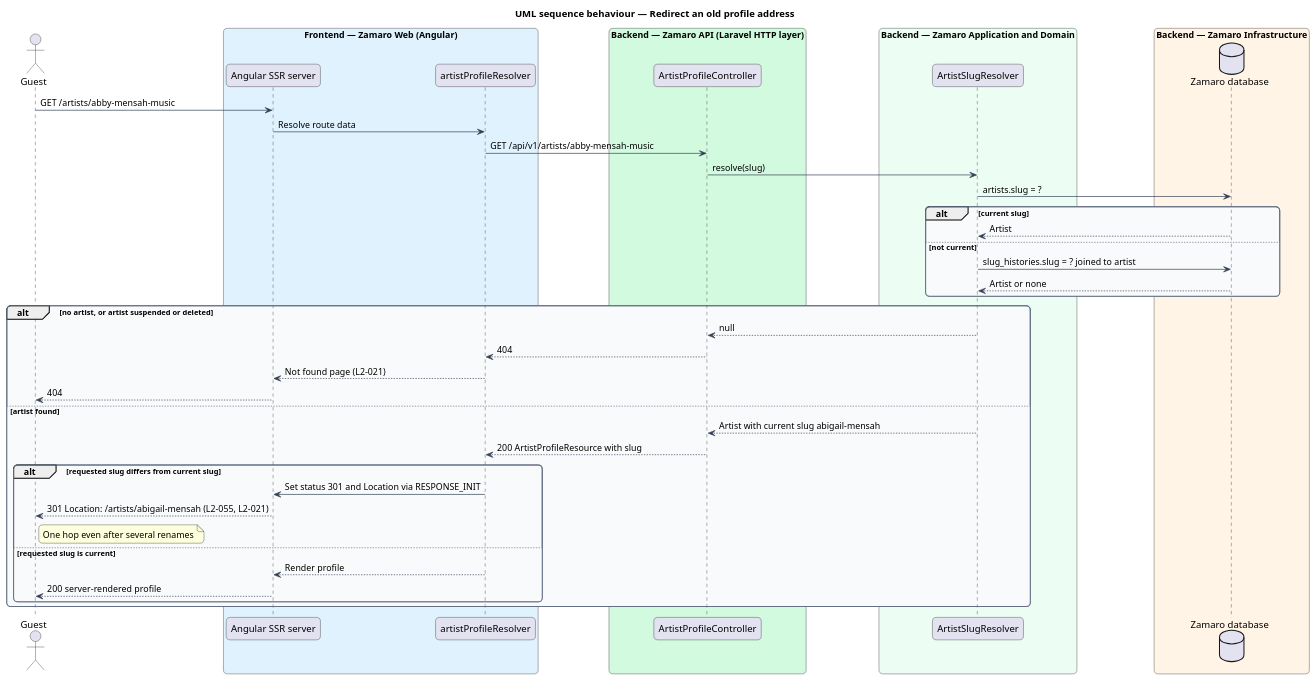
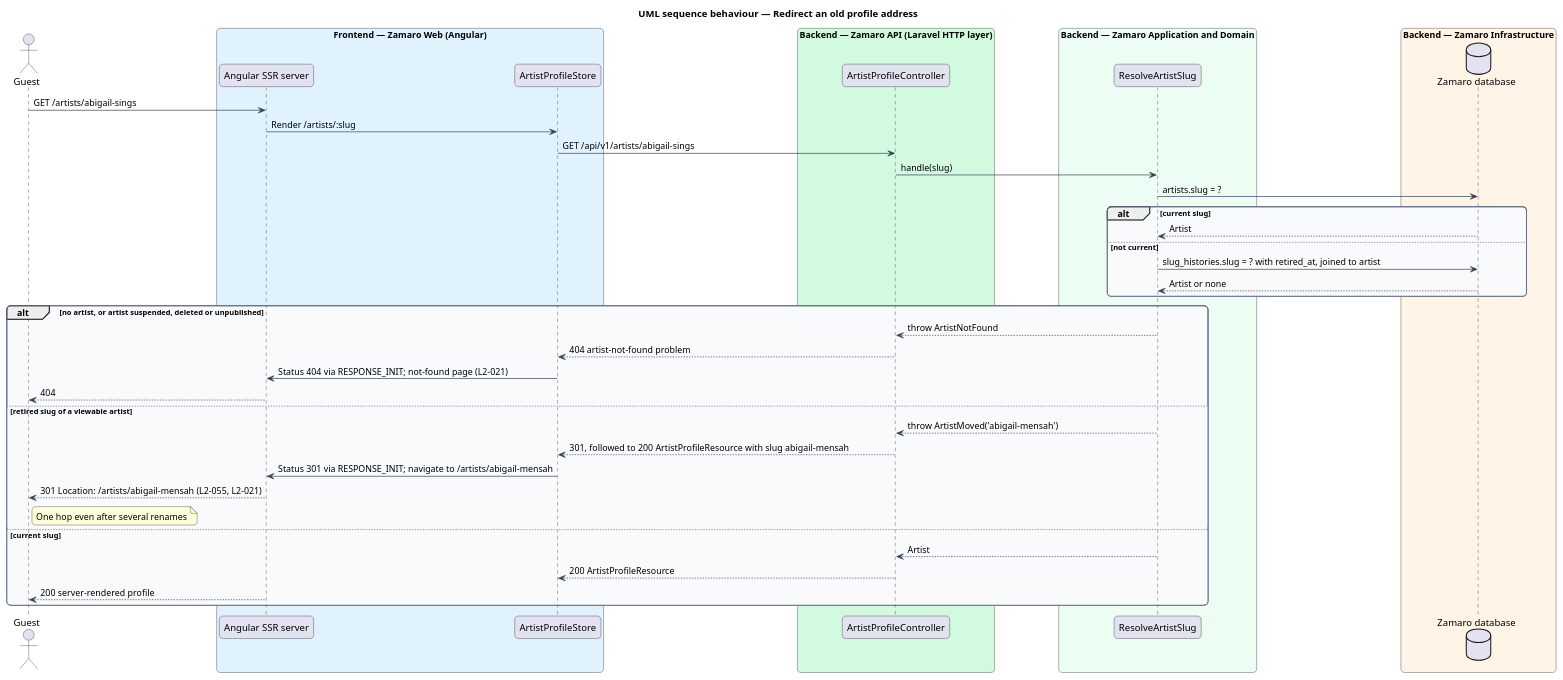
The diagram in docs/detailed-designs/artist-workspace/change-profile-address/diagrams/sequence-redirect-old-slug.puml (QuinntyneBrown/zamaro), drawn with PlantUML before and after one commit. The commit also changed 20 other files, not shown here.

First line of the commit message:
docs(artist-profiles): ADR-0011 slug history; record S15 as built, S16 is next

```diff
--- a/docs/detailed-designs/artist-workspace/change-profile-address/diagrams/sequence-redirect-old-slug.puml
+++ b/docs/detailed-designs/artist-workspace/change-profile-address/diagrams/sequence-redirect-old-slug.puml
@@ -1,60 +1,59 @@
 @startuml
 title UML sequence behaviour — Redirect an old profile address
 skinparam backgroundColor #FFFFFF
 skinparam shadowing false
 skinparam roundcorner 12
 skinparam defaultFontName Arial
 skinparam ArrowColor #344054
 skinparam rectangle {
   BorderColor #344054
   FontColor #101828
 }
 skinparam package {
   BorderColor #667085
   FontColor #101828
   BackgroundColor #F9FAFB
 }
 actor "Guest" as actor
 box "Frontend — Zamaro Web (Angular)" #E0F2FE
   participant "Angular SSR server" as ssr
-  participant "artistProfileResolver" as resolver
+  participant "ArtistProfileStore" as store
 end box
 box "Backend — Zamaro API (Laravel HTTP layer)" #D1FADF
   participant "ArtistProfileController" as controller
 end box
 box "Backend — Zamaro Application and Domain" #ECFDF3
-  participant "ArtistSlugResolver" as slugs
+  participant "ResolveArtistSlug" as slugs
 end box
 box "Backend — Zamaro Infrastructure" #FFF4E5
   database "Zamaro database" as db
 end box
 
-actor -> ssr : GET /artists/abby-mensah-music
-ssr -> resolver : Resolve route data
-resolver -> controller : GET /api/v1/artists/abby-mensah-music
-controller -> slugs : resolve(slug)
+actor -> ssr : GET /artists/abigail-sings
+ssr -> store : Render /artists/:slug
+store -> controller : GET /api/v1/artists/abigail-sings
+controller -> slugs : handle(slug)
 slugs -> db : artists.slug = ?
 alt current slug
   db --> slugs : Artist
 else not current
-  slugs -> db : slug_histories.slug = ? joined to artist
+  slugs -> db : slug_histories.slug = ? with retired_at, joined to artist
   db --> slugs : Artist or none
 end
-alt no artist, or artist suspended or deleted
-  slugs --> controller : null
-  controller --> resolver : 404
-  resolver --> ssr : Not found page (L2-021)
+alt no artist, or artist suspended, deleted or unpublished
+  slugs --> controller : throw ArtistNotFound
+  controller --> store : 404 artist-not-found problem
+  store -> ssr : Status 404 via RESPONSE_INIT; not-found page (L2-021)
   ssr --> actor : 404
-else artist found
-  slugs --> controller : Artist with current slug abigail-mensah
-  controller --> resolver : 200 ArtistProfileResource with slug
-  alt requested slug differs from current slug
-    resolver -> ssr : Set status 301 and Location via RESPONSE_INIT
-    ssr --> actor : 301 Location: /artists/abigail-mensah (L2-055, L2-021)
-    note right of actor : One hop even after several renames
-  else requested slug is current
-    resolver --> ssr : Render profile
-    ssr --> actor : 200 server-rendered profile
-  end
+else retired slug of a viewable artist
+  slugs --> controller : throw ArtistMoved('abigail-mensah')
+  controller --> store : 301, followed to 200 ArtistProfileResource with slug abigail-mensah
+  store -> ssr : Status 301 via RESPONSE_INIT; navigate to /artists/abigail-mensah
+  ssr --> actor : 301 Location: /artists/abigail-mensah (L2-055, L2-021)
+  note right of actor : One hop even after several renames
+else current slug
+  slugs --> controller : Artist
+  controller --> store : 200 ArtistProfileResource
+  ssr --> actor : 200 server-rendered profile
 end
 @enduml
```
